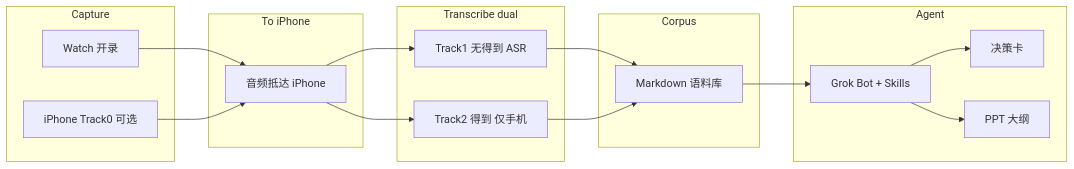
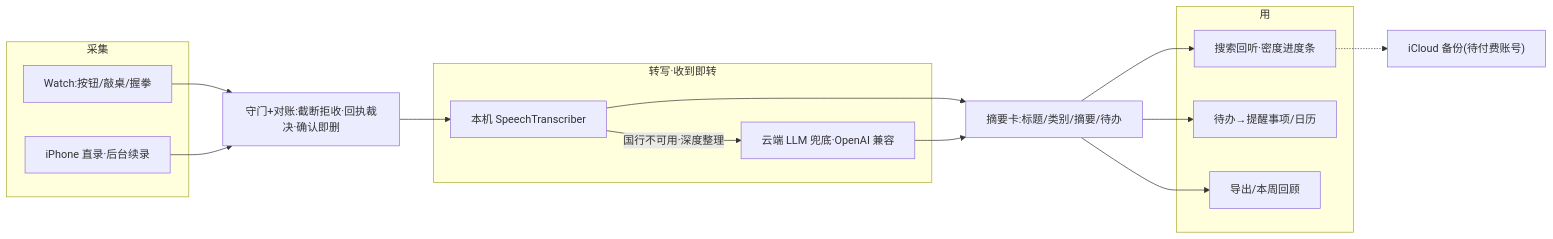
Before and after one commit to guanlili/DayTap: the diagram in README.md, drawn with Mermaid. The commit also changed other lines of this file, not shown here.

Commit message:
docs: README 全量重写对齐产品现状(#73)——MVP 双轨叙事换成真机功能四域清单(手表三启停/确认即删/自动转写/摘要卡/待办2.0/LLM配置中心/守门对账/iCloud泊车),架构图与仓库结构同步现状,克隆地址改 guanlili main,状态清单按 11-14 实况重勾,约束诚实版更新(国行无AI/音频永不外发),删过期周计划节;License 行未动

````diff
--- a/README.md
+++ b/README.md
@@ -37,31 +61,29 @@
 ```mermaid
 flowchart LR
-  subgraph capture [Capture]
-    Watch["Watch 开录"]
-    iPhone0["iPhone Track0 可选"]
+  subgraph capture [采集]
+    Watch["Watch:按钮/敲桌/握拳"]
+    Phone["iPhone 直录·后台续录"]
   end
-  subgraph sync [To iPhone]
-    Inbox["音频抵达 iPhone"]
+  Gate["守门+对账:截断拒收·回执裁决·确认即删"]
+  subgraph asr [转写·收到即转]
+    Local["本机 SpeechTranscriber"]
+    Cloud["云端 LLM 兜底·OpenAI 兼容"]
   end
-  subgraph asr [Transcribe dual]
-    T1["Track1 无得到 ASR"]
-    T2["Track2 得到 仅手机"]
+  Digest["摘要卡:标题/类别/摘要/待办"]
+  subgraph use [用]
+    Search["搜索回听·密度进度条"]
+    Todo["待办→提醒事项/日历"]
+    Out["导出/本周回顾"]
   end
-  subgraph store [Corpus]
-    MD["Markdown 语料库"]
-  end
-  subgraph agent [Agent]
-    Grok["Grok Bot + Skills"]
-    Card["决策卡"]
-    PPT["PPT 大纲"]
-  end
-  Watch --> Inbox
-  iPhone0 --> Inbox
-  Inbox --> T1
-  Inbox --> T2
-  T1 --> MD
-  T2 --> MD
-  MD --> Grok
-  Grok --> Card
-  Grok --> PPT
+  iCloud["iCloud 备份(待付费账号)"]
+  Watch --> Gate
+  Phone --> Gate
+  Gate --> Local
+  Local -->|国行不可用·深度整理| Cloud
+  Local --> Digest
+  Cloud --> Digest
+  Digest --> Search
+  Digest --> Todo
+  Digest --> Out
+  Search -.-> iCloud
 ```
````
